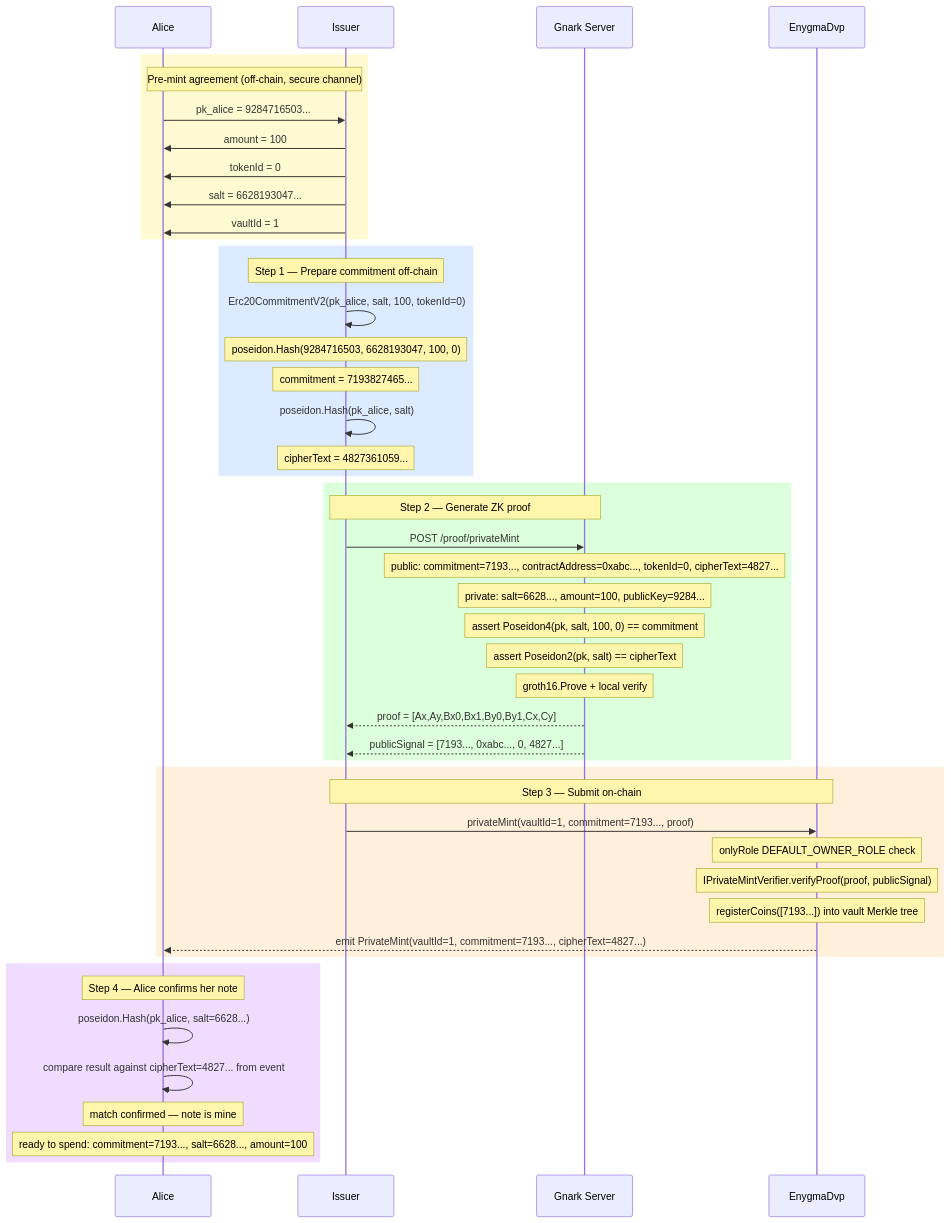
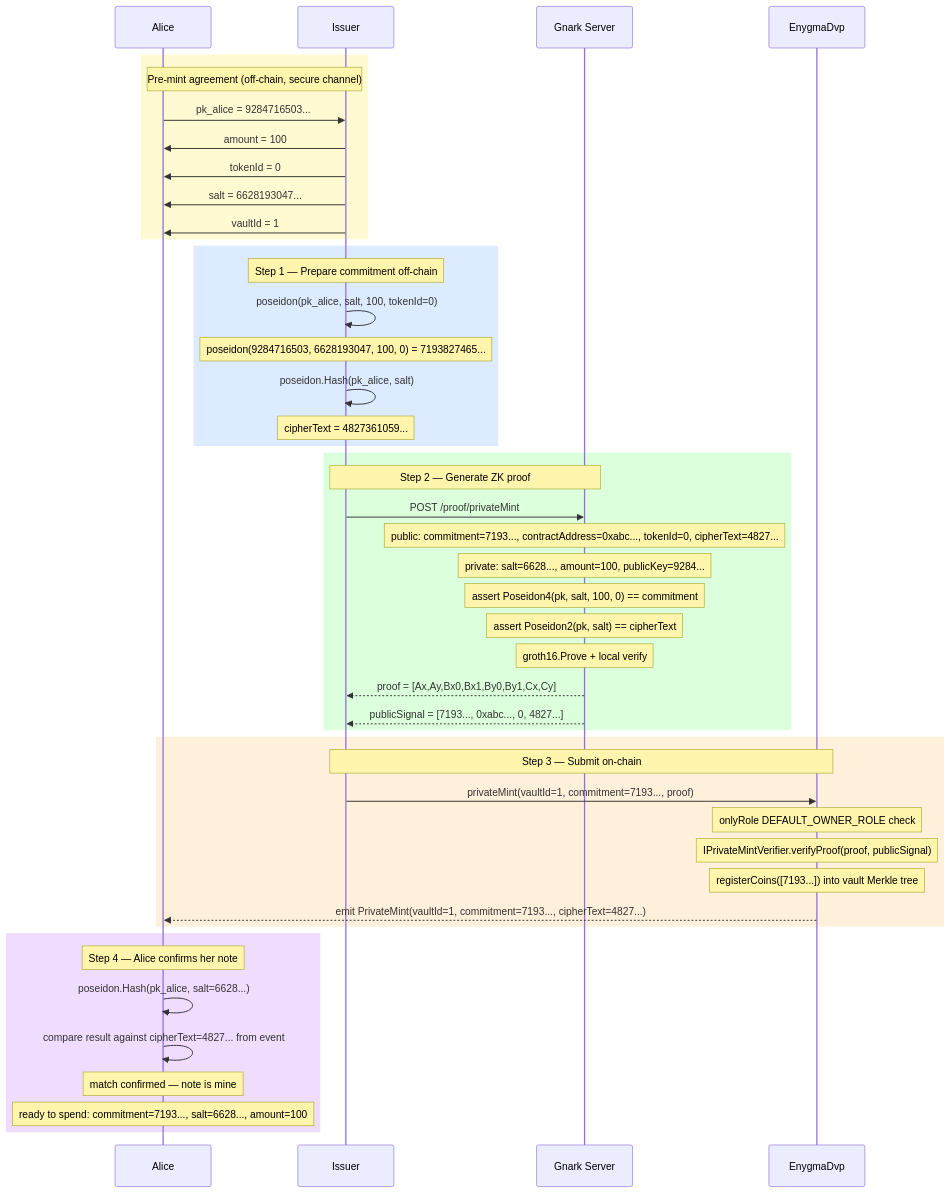
One commit to yaksetig/Enygma changed the diagram in enygma_dvp/docs/flows/02_private_mint.md. Above: the diagram before and after it, drawn with Mermaid. The commit also changed other lines of this file, not shown here.

````diff
--- a/enygma_dvp/docs/flows/02_private_mint.md
+++ b/enygma_dvp/docs/flows/02_private_mint.md
@@ -98,62 +98,61 @@
 ```mermaid
 sequenceDiagram
     participant Alice
     participant Issuer
     participant Gnark as Gnark Server
     participant DVP as EnygmaDvp
 
     rect rgb(255, 250, 210)
         Note over Alice,Issuer: Pre-mint agreement (off-chain, secure channel)
 
         Alice->>Issuer: pk_alice = 9284716503...
         Issuer->>Alice: amount = 100
         Issuer->>Alice: tokenId = 0
         Issuer->>Alice: salt = 6628193047...
         Issuer->>Alice: vaultId = 1
     end
 
     rect rgb(220, 235, 255)
         Note over Issuer: Step 1 — Prepare commitment off-chain
 
-        Issuer->>Issuer: Erc20CommitmentV2(pk_alice, salt, 100, tokenId=0)
-        Note over Issuer: poseidon.Hash(9284716503, 6628193047, 100, 0)
-        Note over Issuer: commitment = 7193827465...
+        Issuer->>Issuer: poseidon(pk_alice, salt, 100, tokenId=0)
+        Note over Issuer: poseidon(9284716503, 6628193047, 100, 0) = 7193827465...
 
         Issuer->>Issuer: poseidon.Hash(pk_alice, salt)
         Note over Issuer: cipherText = 4827361059...
     end
 
     rect rgb(220, 255, 220)
         Note over Issuer,Gnark: Step 2 — Generate ZK proof
 
         Issuer->>Gnark: POST /proof/privateMint
         Note over Gnark: public:  commitment=7193..., contractAddress=0xabc..., tokenId=0, cipherText=4827...
         Note over Gnark: private: salt=6628..., amount=100, publicKey=9284...
         Note over Gnark: assert Poseidon4(pk, salt, 100, 0) == commitment
         Note over Gnark: assert Poseidon2(pk, salt) == cipherText
         Note over Gnark: groth16.Prove + local verify
 
         Gnark-->>Issuer: proof = [Ax,Ay,Bx0,Bx1,By0,By1,Cx,Cy]
         Gnark-->>Issuer: publicSignal = [7193..., 0xabc..., 0, 4827...]
     end
 
     rect rgb(255, 240, 220)
         Note over Issuer,DVP: Step 3 — Submit on-chain
 
         Issuer->>DVP: privateMint(vaultId=1, commitment=7193..., proof)
         Note over DVP: onlyRole DEFAULT_OWNER_ROLE check
         Note over DVP: IPrivateMintVerifier.verifyProof(proof, publicSignal)
         Note over DVP: registerCoins([7193...]) into vault Merkle tree
 
         DVP-->>Alice: emit PrivateMint(vaultId=1, commitment=7193..., cipherText=4827...)
     end
 
     rect rgb(240, 220, 255)
         Note over Alice: Step 4 — Alice confirms her note
 
         Alice->>Alice: poseidon.Hash(pk_alice, salt=6628...)
         Alice->>Alice: compare result against cipherText=4827... from event
         Note over Alice: match confirmed — note is mine
         Note over Alice: ready to spend: commitment=7193..., salt=6628..., amount=100
     end
 ```
````
